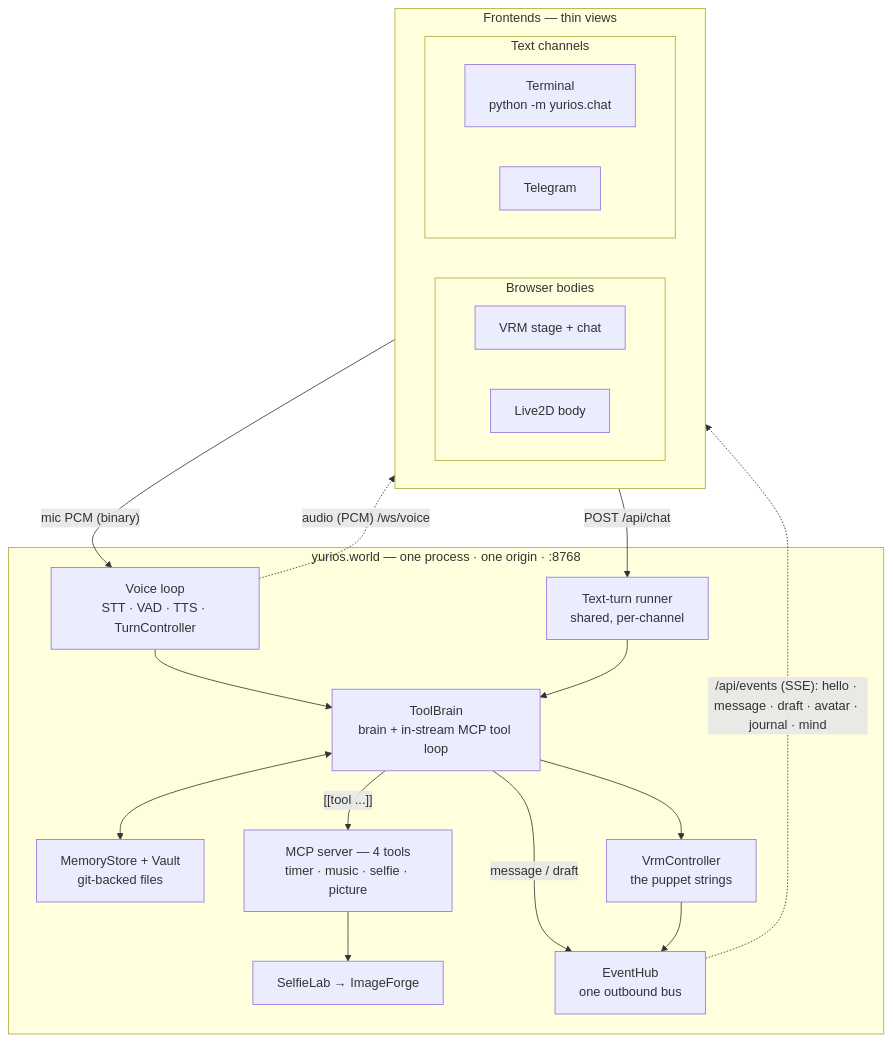
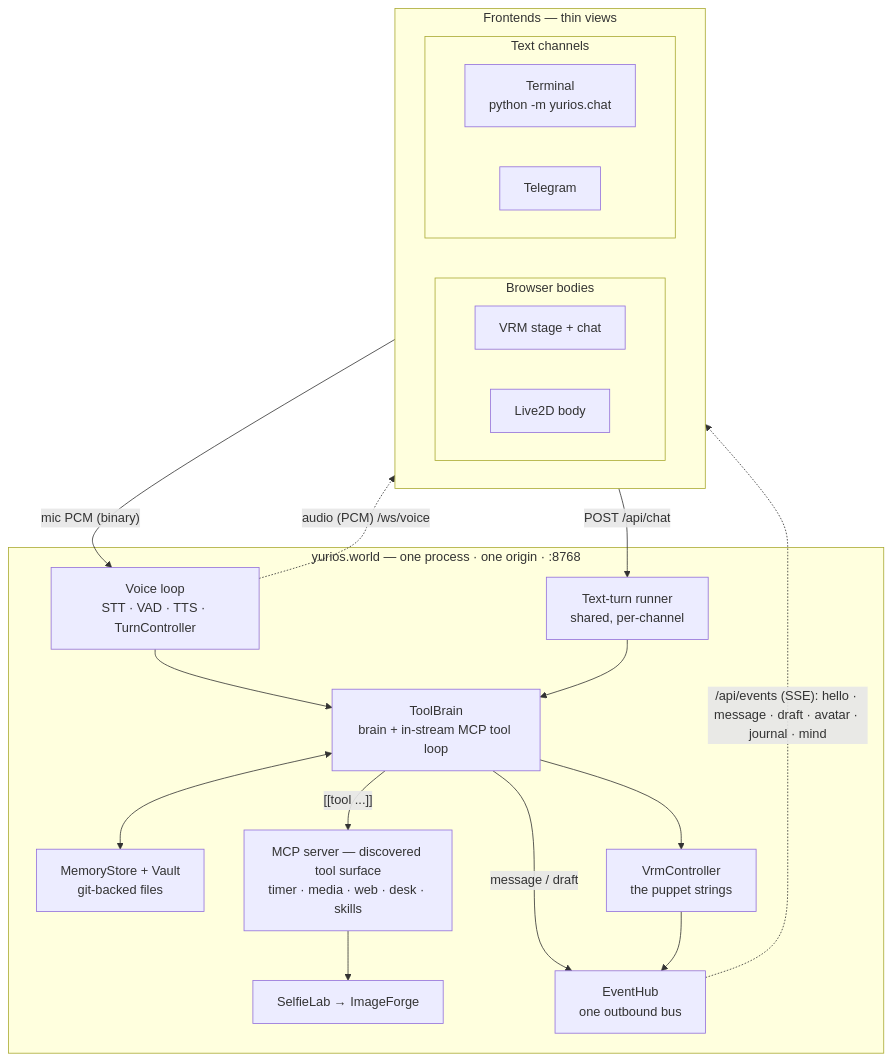
One commit to yuri-os/YuriOS changed the first of 4 diagrams in docs/whitepaper.md. Above: the diagram before and after it, drawn with Mermaid. The commit also changed other lines of this file and 4 other files, not shown here.

````diff
--- a/docs/whitepaper.md
+++ b/docs/whitepaper.md
@@ -213,41 +213,41 @@
 ```mermaid
 flowchart TB
   subgraph FE["Frontends — thin views"]
     direction LR
     subgraph BR["Browser bodies"]
       direction LR
       W["VRM stage + chat"]
       L["Live2D body"]
     end
     subgraph TX["Text channels"]
       direction LR
       C["Terminal<br/>python -m yurios.chat"]
       TG["Telegram"]
     end
   end
 
   subgraph HOST["yurios.world — one process · one origin · :8768"]
     VOICE["Voice loop<br/>STT · VAD · TTS · TurnController"]
     TURNS["Text-turn runner<br/>shared, per-channel"]
     BRAIN["ToolBrain<br/>brain + in-stream MCP tool loop"]
     MEM["MemoryStore + Vault<br/>git-backed files"]
-    MCP["MCP server — 4 tools<br/>timer · music · selfie · picture"]
+    MCP["MCP server — discovered tool surface<br/>timer · media · web · desk · skills"]
     FORGE["SelfieLab → ImageForge"]
     VRM["VrmController<br/>the puppet strings"]
     HUB["EventHub<br/>one outbound bus"]
   end
 
   BR -- "mic PCM (binary)" --> VOICE
   TX -- "POST /api/chat" --> TURNS
   VOICE --> BRAIN
   TURNS --> BRAIN
   BRAIN <--> MEM
   BRAIN -- "[[tool ...]]" --> MCP
   MCP --> FORGE
   BRAIN --> VRM
   BRAIN -- "message / draft" --> HUB
   VRM --> HUB
 
   HUB -. "/api/events (SSE): hello · message · draft · avatar · journal · mind" .-> FE
   VOICE -. "audio (PCM) /ws/voice" .-> BR
 ```
````
